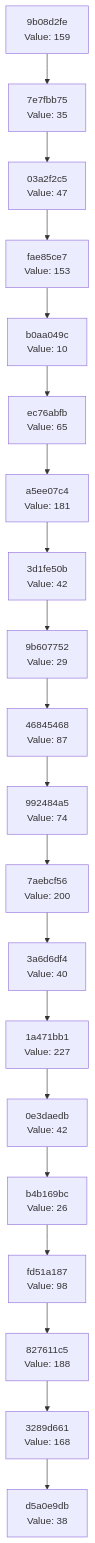
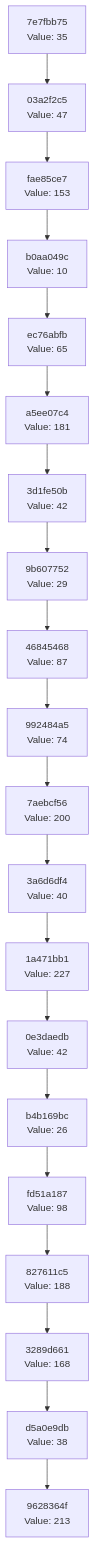
The diagram in docs/CHAIN_VISUALIZATION.md (Abhisheksinha1506/hash-chain-evolver), drawn with Mermaid before and after one commit. The commit also changed 2 other files, not shown here.

Commit message:
Evolution step: hash 0xD5 → action executed

````diff
--- a/docs/CHAIN_VISUALIZATION.md
+++ b/docs/CHAIN_VISUALIZATION.md
@@ -3,42 +3,42 @@
 ```mermaid
 graph TD
-    C0["d5a0e9db<br/>Value: 38"]
-    C1["3289d661<br/>Value: 168"]
+    C0["9628364f<br/>Value: 213"]
+    C1["d5a0e9db<br/>Value: 38"]
     C1 --> C0
-    C2["827611c5<br/>Value: 188"]
+    C2["3289d661<br/>Value: 168"]
     C2 --> C1
-    C3["fd51a187<br/>Value: 98"]
+    C3["827611c5<br/>Value: 188"]
     C3 --> C2
-    C4["b4b169bc<br/>Value: 26"]
+    C4["fd51a187<br/>Value: 98"]
     C4 --> C3
-    C5["0e3daedb<br/>Value: 42"]
+    C5["b4b169bc<br/>Value: 26"]
     C5 --> C4
-    C6["1a471bb1<br/>Value: 227"]
+    C6["0e3daedb<br/>Value: 42"]
     C6 --> C5
-    C7["3a6d6df4<br/>Value: 40"]
+    C7["1a471bb1<br/>Value: 227"]
     C7 --> C6
-    C8["7aebcf56<br/>Value: 200"]
+    C8["3a6d6df4<br/>Value: 40"]
     C8 --> C7
-    C9["992484a5<br/>Value: 74"]
+    C9["7aebcf56<br/>Value: 200"]
     C9 --> C8
-    C10["46845468<br/>Value: 87"]
+    C10["992484a5<br/>Value: 74"]
     C10 --> C9
-    C11["9b607752<br/>Value: 29"]
+    C11["46845468<br/>Value: 87"]
     C11 --> C10
-    C12["3d1fe50b<br/>Value: 42"]
+    C12["9b607752<br/>Value: 29"]
     C12 --> C11
-    C13["a5ee07c4<br/>Value: 181"]
+    C13["3d1fe50b<br/>Value: 42"]
     C13 --> C12
-    C14["ec76abfb<br/>Value: 65"]
+    C14["a5ee07c4<br/>Value: 181"]
     C14 --> C13
-    C15["b0aa049c<br/>Value: 10"]
+    C15["ec76abfb<br/>Value: 65"]
     C15 --> C14
-    C16["fae85ce7<br/>Value: 153"]
+    C16["b0aa049c<br/>Value: 10"]
     C16 --> C15
-    C17["03a2f2c5<br/>Value: 47"]
+    C17["fae85ce7<br/>Value: 153"]
     C17 --> C16
-    C18["7e7fbb75<br/>Value: 35"]
+    C18["03a2f2c5<br/>Value: 47"]
     C18 --> C17
-    C19["9b08d2fe<br/>Value: 159"]
+    C19["7e7fbb75<br/>Value: 35"]
     C19 --> C18
 ```
````
